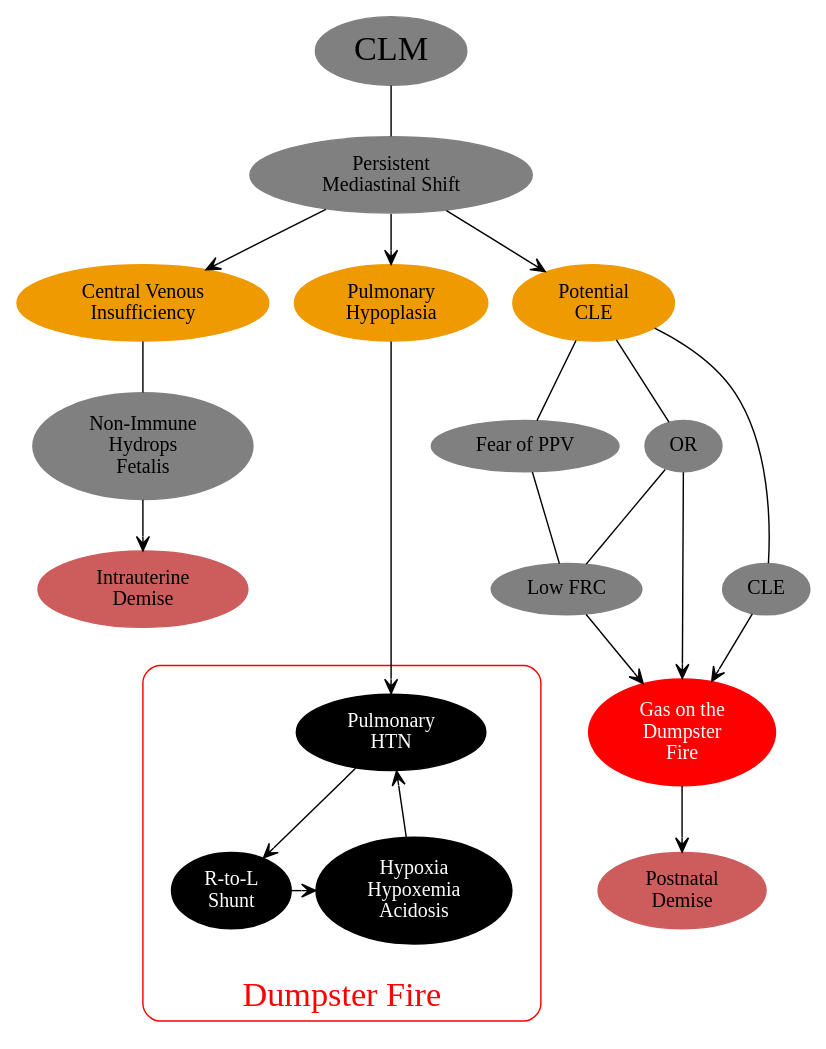
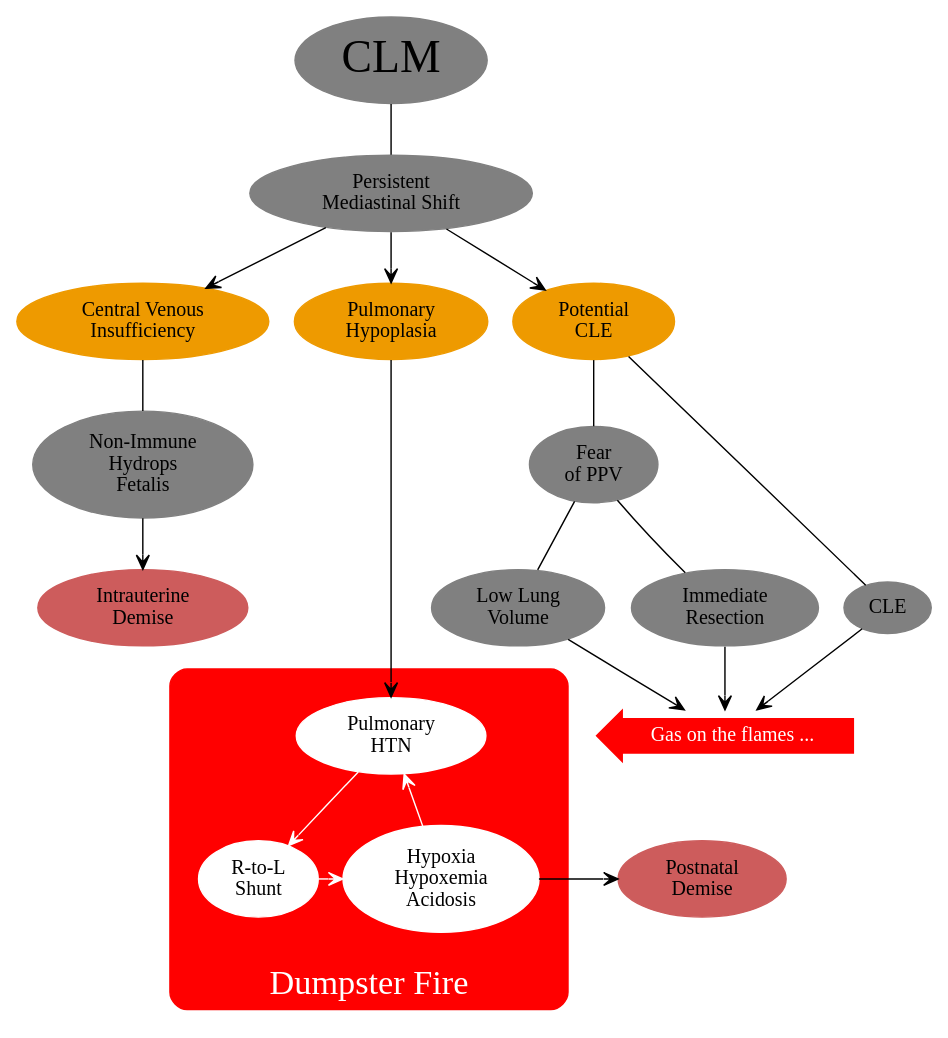
The diagram in CLO3.dot (mdtsandman/CLO), drawn with Graphviz before and after one commit. The commit also changed 5 other files, not shown here.

```diff
--- a/CLO3.dot
+++ b/CLO3.dot
@@ -1,62 +1,65 @@
 digraph Risks {
 
 rankdir=TB;
 newrank=true;
 compound=true;
 
 node [color=grey style=filled fillcolor=grey];
 edge [arrowhead=vee];
 
-CLM [label="CLM" fontsize=24];
+CLM [label="CLM" fontsize=32];
 PMS [label="Persistent\nMediastinal Shift"];
 CVP [label="Central Venous\nInsufficiency" style=filled fillcolor=orange2 color=orange2];
 PHP [label="Pulmonary\nHypoplasia" style=filled fillcolor=orange2 color=orange2];
 MaybeCLE [label="Potential\nCLE" style=filled fillcolor=orange2 color=orange2];
 NIHF [label="Non-Immune\nHydrops\nFetalis"];
-OR [label="OR"];
-Fear [label="Fear of PPV"];
-FRC [label="Low FRC"];
+OR [label="Immediate\nResection"];
+Fear [label="Fear\nof PPV"];
+FRC [label="Low Lung\nVolume"];
 CLE [label="CLE"];
 IUD [label="Intrauterine\nDemise" style=filled fillcolor=indianred color=indianred];
-Catalyst [label="Gas on the\nDumpster\nFire" fontcolor=white style=filled fillcolor=red color=red];
 Death [label="Postnatal\nDemise" style=filled fillcolor=indianred color=indianred];
+Catalyst [label="    Gas on the flames ..." height=0.5 shape=larrow fontcolor=white style=filled fillcolor=red color=red];
 
 subgraph ClusterFuck {
 
 	style=rounded;
 	margin=20;
 	color=red;
-	fontcolor=red;
+	fontcolor=white;
+	bgcolor=red;
+	color=red;
 	fontsize=24;
 	label="Dumpster Fire";
 	labelloc=b;
 
-	PHTN [label="Pulmonary\nHTN" style=filled fontcolor=white fillcolor=black color=black];
-	Shunt [label="R-to-L\nShunt" style=filled fontcolor=white fillcolor=black color=black];
-	Badness [label="Hypoxia\nHypoxemia\nAcidosis" style=filled fontcolor=white fillcolor=black color=black];
+	PHTN [label="Pulmonary\nHTN" style=filled fillcolor=white color=white];
+	Shunt [label="R-to-L\nShunt" style=filled fillcolor=white color=white];
+	Badness [label="Hypoxia\nHypoxemia\nAcidosis" style=filled fillcolor=white color=white];
 
-	PHTN -> Shunt -> Badness -> PHTN[color=black];
+	PHTN -> Shunt -> Badness -> PHTN[color=white];
 
 }
 
 {rank=same CVP PHP MaybeCLE};
-{rank=same NIHF Fear OR};
-{rank=same IUD FRC CLE};
+{rank=same NIHF Fear};
+{rank=same IUD FRC OR CLE};
 {rank=same PHTN Catalyst};
 {rank=same Shunt Badness Death};
 
 CLM -> PMS [arrowhead=none];
 PMS -> {CVP, PHP, MaybeCLE};
-CVP -> NIHF [arrowhead=none];
-NIHF -> IUD;
-MaybeCLE -> {Fear OR}->FRC [arrowhead=none]
+CVP -> NIHF [arrowhead=none weight=100];
+NIHF -> IUD [weight=100];
+MaybeCLE -> Fear-> {FRC OR} [arrowhead=none]
 MaybeCLE -> CLE [arrowhead=none];
 CLE -> Catalyst;
 PHP -> PHTN [weight=200]
 {OR FRC} -> Catalyst;
 CVP -> PHP -> MaybeCLE [style=invis];
-Fear -> OR [style=invis];
-FRC -> CLE [style=invis];
-Catalyst -> Death;
+NIHF -> Fear -> OR [style=invis];
+IUD -> FRC -> OR -> CLE [style=invis];
+Catalyst -> Death [style=invis] weight=100;
+Badness -> Death;
 
 }
```
